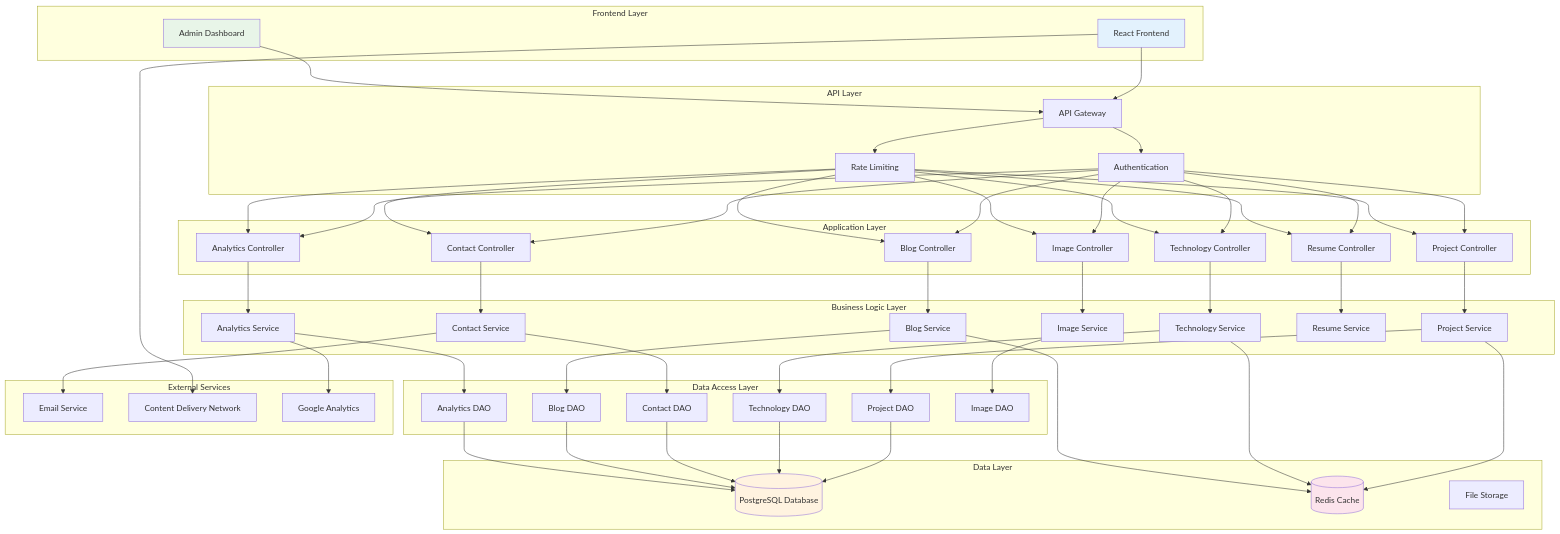
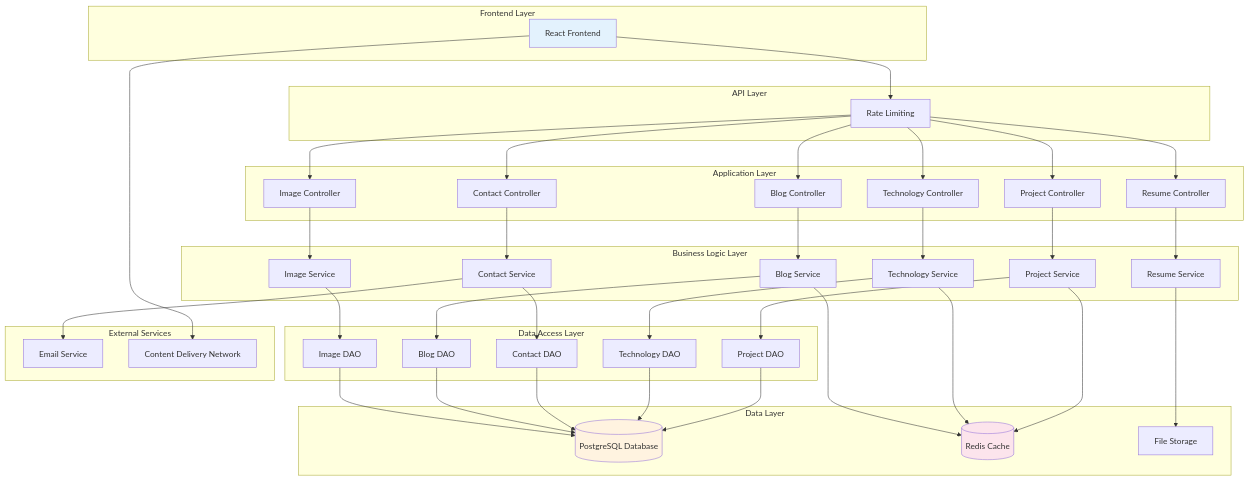
Before and after one commit to caseythecoder90/personal-website-backend: the fourth of 10 diagrams in docs/architecture/DIAGRAMS.md, drawn with Mermaid. The commit also changed other lines of this file and 22 other files, not shown here.

````diff
--- a/docs/architecture/DIAGRAMS.md
+++ b/docs/architecture/DIAGRAMS.md
@@ -121,95 +115,81 @@
 flowchart TB
     subgraph "Frontend Layer"
         UI[React Frontend]
-        Admin[Admin Dashboard]
     end
-    
+
     subgraph "API Layer"
-        Gateway[API Gateway]
-        Auth[Authentication]
         Rate[Rate Limiting]
     end
-    
+
     subgraph "Application Layer"
         PC[Project Controller]
         TC[Technology Controller]
         CC[Contact Controller]
         BC[Blog Controller]
-        AC[Analytics Controller]
         RC[Resume Controller]
         IC[Image Controller]
     end
-    
+
     subgraph "Business Logic Layer"
         PS[Project Service]
-        TS[Technology Service]  
+        TS[Technology Service]
         CS[Contact Service]
         BS[Blog Service]
-        AS[Analytics Service]
         RS[Resume Service]
         IS[Image Service]
     end
-    
+
     subgraph "Data Access Layer"
         PD[Project DAO]
         TD[Technology DAO]
         CD[Contact DAO]
         BD[Blog DAO]
-        AD[Analytics DAO]
         ID[Image DAO]
     end
-    
+
     subgraph "Data Layer"
         DB[(PostgreSQL Database)]
         Cache[(Redis Cache)]
         Files[File Storage]
     end
-    
+
     subgraph "External Services"
         Email[Email Service]
         CDN[Content Delivery Network]
-        Analytics[Google Analytics]
     end
-    
-    UI --> Gateway
-    Admin --> Gateway
-    
-    Gateway --> Auth
-    Gateway --> Rate
-    Auth --> PC & TC & CC & BC & AC & RC & IC
-    Rate --> PC & TC & CC & BC & AC & RC & IC
-    
+
+    UI --> Rate
+
+    Rate --> PC & TC & CC & BC & RC & IC
+
     PC --> PS
     TC --> TS
     CC --> CS
     BC --> BS
-    AC --> AS
     RC --> RS
     IC --> IS
-    
+
     PS --> PD
     TS --> TD
     CS --> CD
     BS --> BD
-    AS --> AD
     IS --> ID
-    
+
     PD --> DB
     TD --> DB
     CD --> DB
     BD --> DB
-    AD --> DB
-    
+    ID --> DB
+
     PS --> Cache
     TS --> Cache
     BS --> Cache
-    
+
     CS --> Email
     UI --> CDN
-    AS --> Analytics
-    
+    RS --> Files
+
     style UI fill:#e3f2fd
-    style Admin fill:#e8f5e8
     style DB fill:#fff3e0
     style Cache fill:#fce4ec
 ```
````
